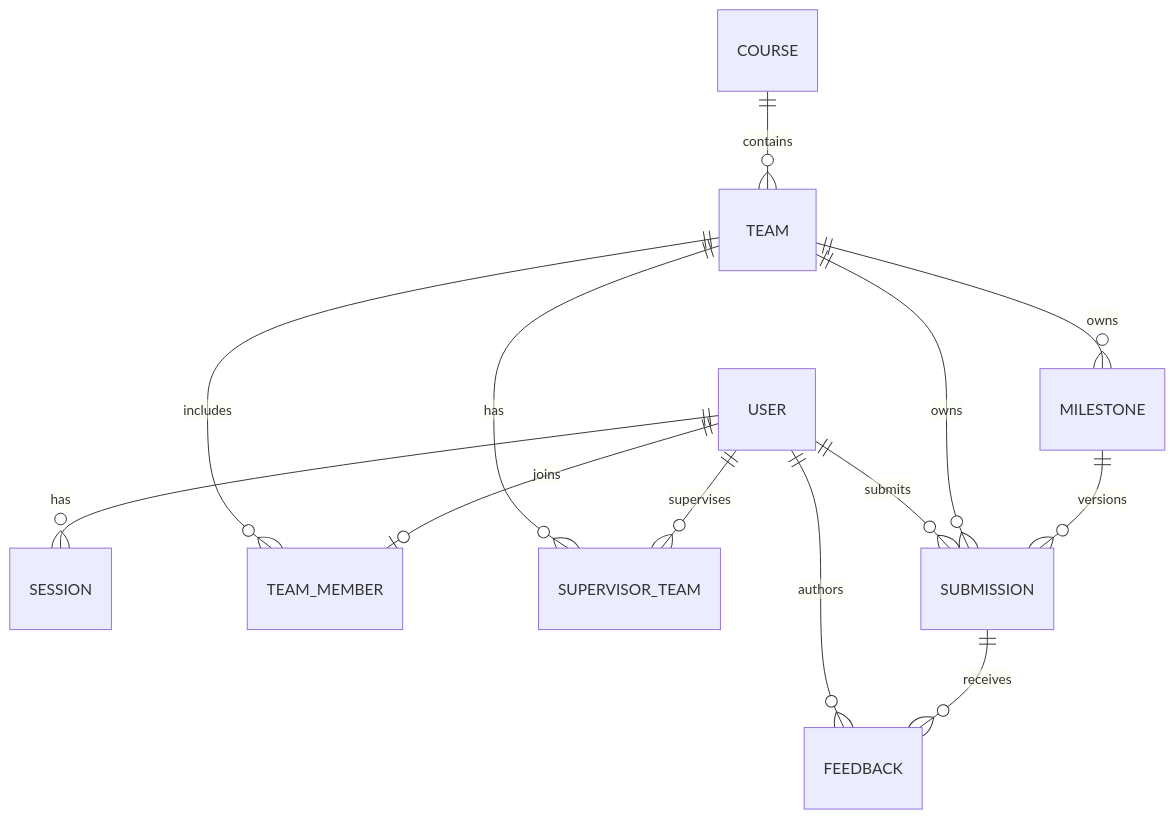
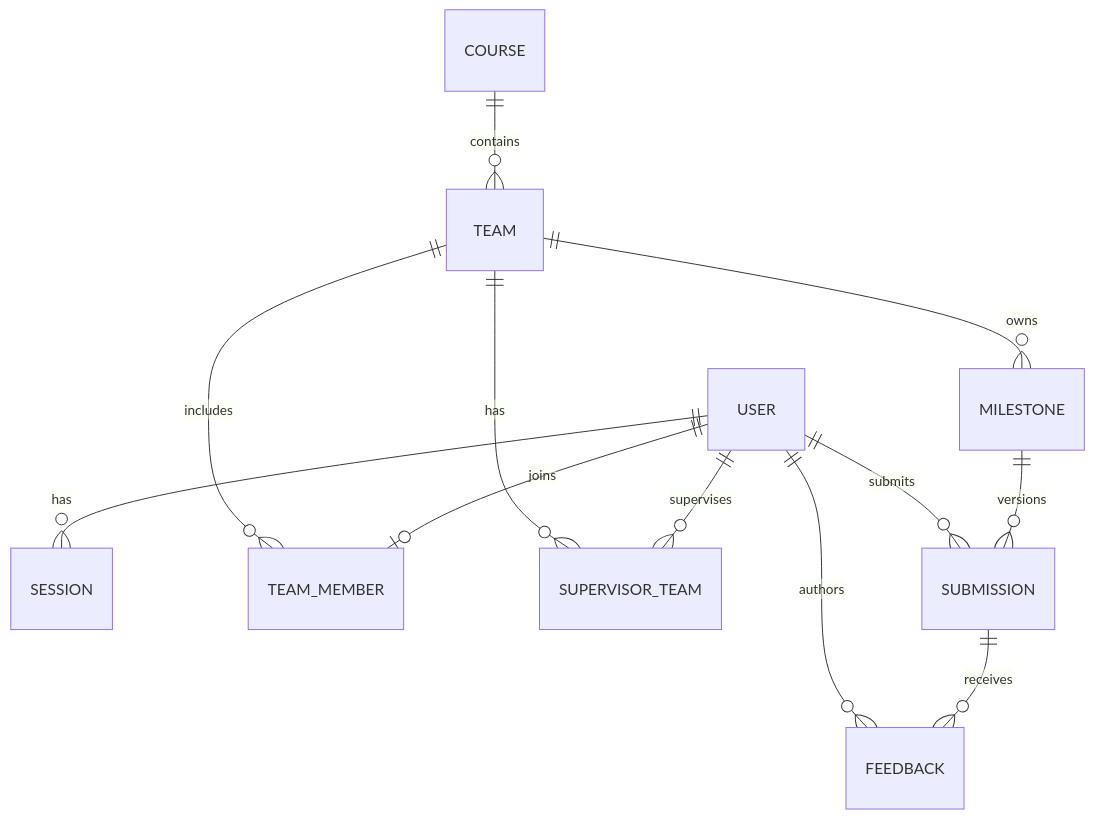
One commit to Nuggetkub/cpe334-course-project-management-system changed the second of 2 diagrams in docs/system-sds.md. Above: the diagram before and after it, drawn with Mermaid. The commit also changed other lines of this file, not shown here.

Commit message:
docs: align submission ownership and milestone timestamps

````diff
--- a/docs/system-sds.md
+++ b/docs/system-sds.md
@@ -57,15 +57,14 @@
 ```mermaid
 erDiagram
   USER ||--o{ SESSION : has
   COURSE ||--o{ TEAM : contains
   USER ||--o| TEAM_MEMBER : joins
   TEAM ||--o{ TEAM_MEMBER : includes
   USER ||--o{ SUPERVISOR_TEAM : supervises
   TEAM ||--o{ SUPERVISOR_TEAM : has
   TEAM ||--o{ MILESTONE : owns
   MILESTONE ||--o{ SUBMISSION : versions
-  TEAM ||--o{ SUBMISSION : owns
   USER ||--o{ SUBMISSION : submits
   SUBMISSION ||--o{ FEEDBACK : receives
   USER ||--o{ FEEDBACK : authors
 ```
````
